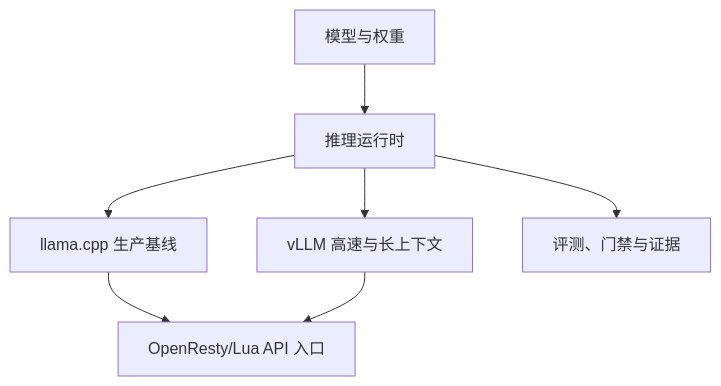
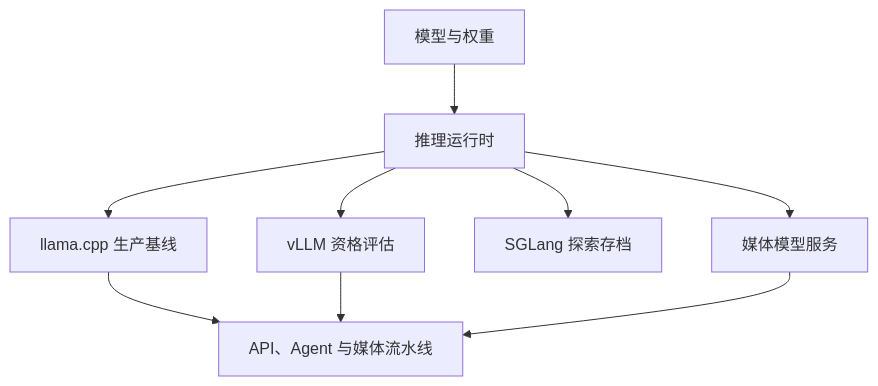
One commit to pwl1987-dev/unified-ai-platform changed the diagram in README.md. Above: the diagram before and after it, drawn with Mermaid. The commit also changed other lines of this file and 27 other files, not shown here.

````diff
--- a/README.md
+++ b/README.md
@@ -42,9 +58,11 @@
 ```mermaid
 flowchart TD
     A[模型与权重] --> B[推理运行时]
     B --> C[llama.cpp 生产基线]
-    B --> D[vLLM 高速与长上下文]
-    B --> E[评测、门禁与证据]
-    C --> F[OpenResty/Lua API 入口]
-    D --> F
+    B --> D[vLLM 资格评估]
+    B --> E[SGLang 探索存档]
+    B --> F[媒体模型服务]
+    C --> G[API、Agent 与媒体流水线]
+    D --> G
+    F --> G
 ```
````
